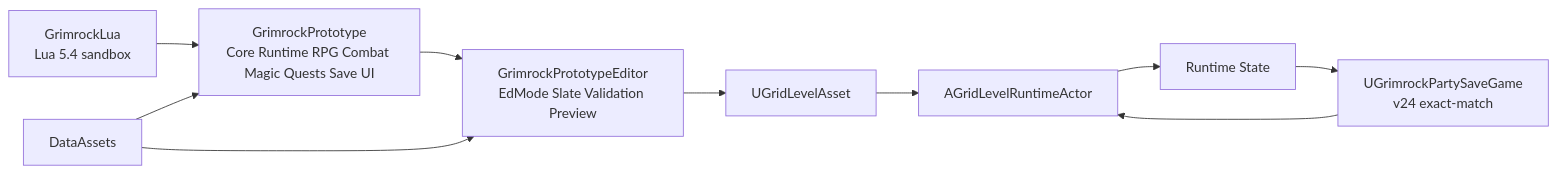
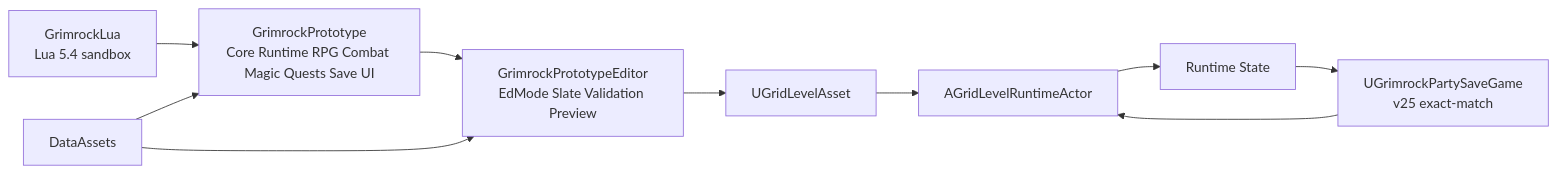
The first of 18 diagrams in docs/Architecture/Maps/GRIMROCK_PROJECT_MAP_MERMAID.md (PhilippeMartin1964/GrimrockPrototype), drawn with Mermaid before and after one commit. The commit also changed other lines of this file and 22 other files, not shown here.

````diff
--- a/docs/Architecture/Maps/GRIMROCK_PROJECT_MAP_MERMAID.md
+++ b/docs/Architecture/Maps/GRIMROCK_PROJECT_MAP_MERMAID.md
@@ -10,12 +10,12 @@
 ```mermaid
 flowchart LR
     LUA[GrimrockLua\nLua 5.4 sandbox] --> RT[GrimrockPrototype\nCore Runtime RPG Combat Magic Quests Save UI]
     RT --> ED[GrimrockPrototypeEditor\nEdMode Slate Validation Preview]
     DA[DataAssets] --> RT
     DA --> ED
     ED --> LVL[UGridLevelAsset]
     LVL --> RTA[AGridLevelRuntimeActor]
     RTA --> STATE[Runtime State]
-    STATE --> SAVE[UGrimrockPartySaveGame\nv24 exact-match]
+    STATE --> SAVE[UGrimrockPartySaveGame\nv25 exact-match]
     SAVE --> RTA
 ```
````
